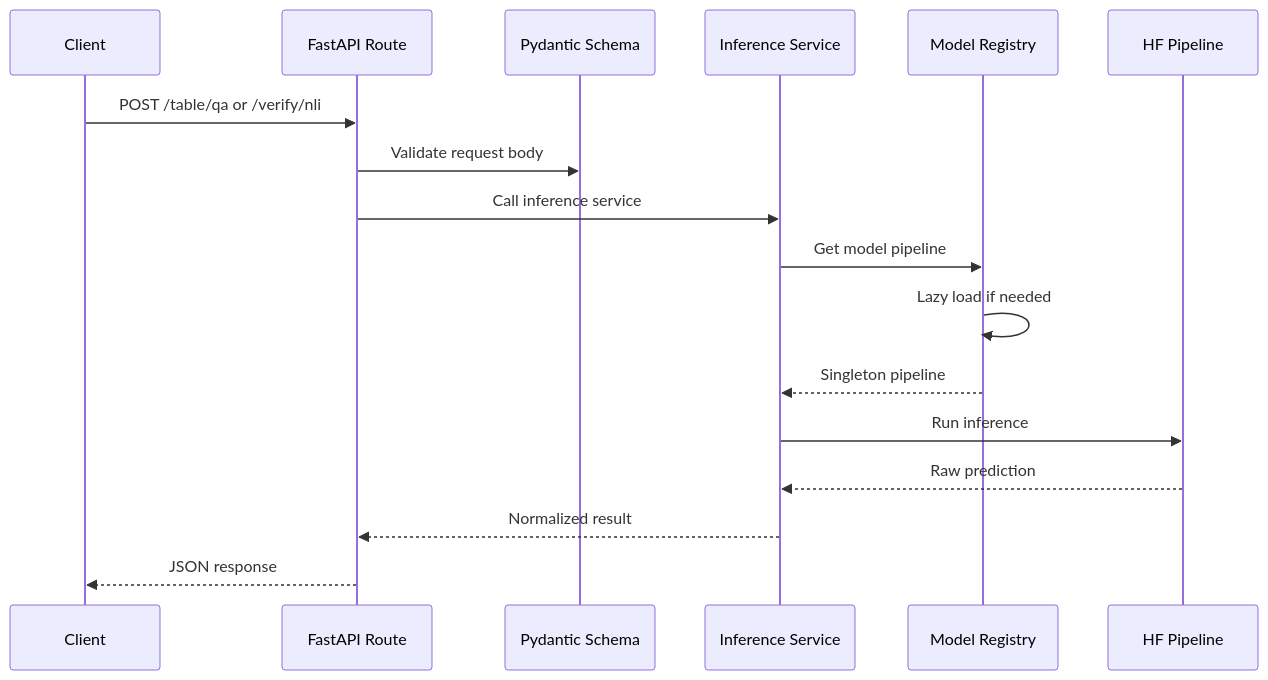
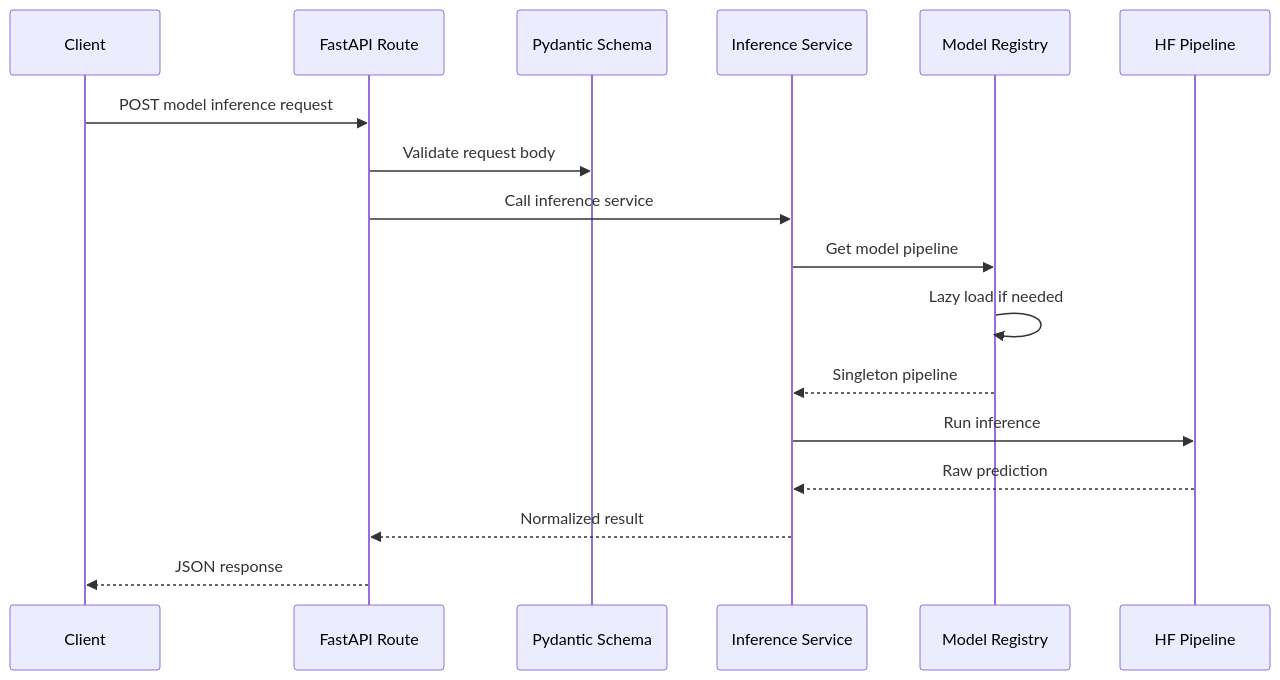
Before and after one commit to mannan-op/my-ai-app: the first of 2 diagrams in obsidian-vault/Workflows/Model Server Inference Workflow.md, drawn with Mermaid. The commit also changed other lines of this file and 24 other files, not shown here.

````diff
--- a/obsidian-vault/Workflows/Model Server Inference Workflow.md
+++ b/obsidian-vault/Workflows/Model Server Inference Workflow.md
@@ -18,20 +15,20 @@
 ```mermaid
 sequenceDiagram
   participant Client
   participant Route as FastAPI Route
   participant Schema as Pydantic Schema
   participant Service as Inference Service
   participant Registry as Model Registry
   participant Model as HF Pipeline
 
-  Client->>Route: POST /table/qa or /verify/nli
+  Client->>Route: POST model inference request
   Route->>Schema: Validate request body
   Route->>Service: Call inference service
   Service->>Registry: Get model pipeline
   Registry->>Registry: Lazy load if needed
   Registry-->>Service: Singleton pipeline
   Service->>Model: Run inference
   Model-->>Service: Raw prediction
   Service-->>Route: Normalized result
   Route-->>Client: JSON response
 ```
````
